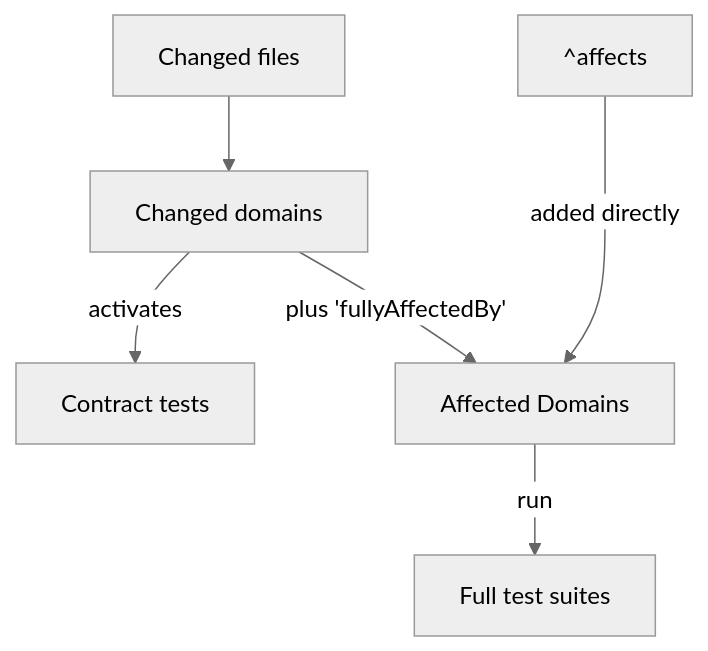
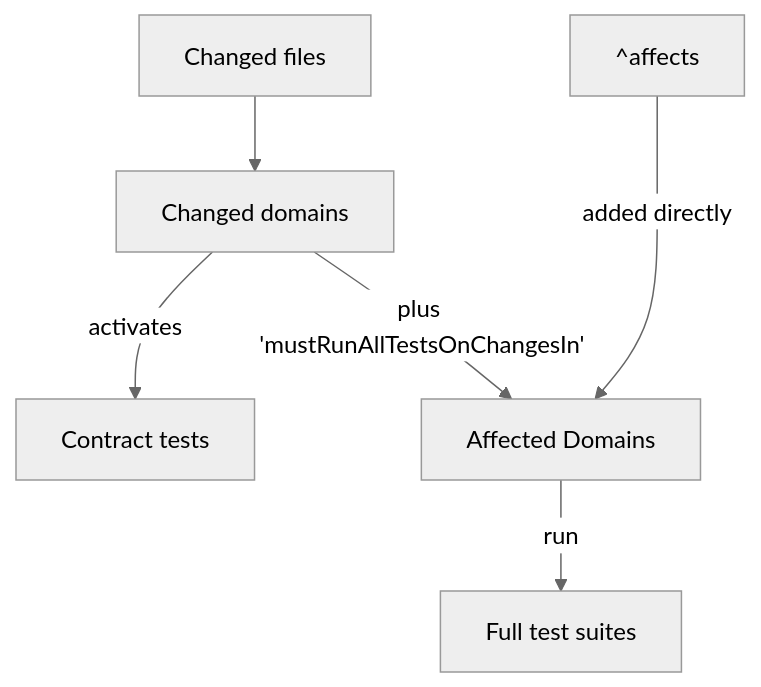
The diagram in repo/TEST-FEDERATION.md (JetBrains/kotlin), drawn with Mermaid (neutral theme) before and after one commit. The commit also changed other lines of this file and 8 other files, not shown here.

First line of the commit message:
[Build] Test Federation: Rename 'fullyAffectedBy' with 'mustRunAllTestsOnChangesIn'

````diff
--- a/repo/TEST-FEDERATION.md
+++ b/repo/TEST-FEDERATION.md
@@ -273,15 +273,15 @@
 ```mermaid
 flowchart TD
     ChangedFiles["Changed files"]
     ChangedDomains["Changed domains"]
     ContractTests["Contract tests"]
     AffectedDomains["Affected Domains"]
     AffectsCommand["^affects"]
     FullTestSuites["Full test suites"]
 
     ChangedFiles --> ChangedDomains
     ChangedDomains -->|activates| ContractTests
-    ChangedDomains -->|plus 'fullyAffectedBy' | AffectedDomains
+    ChangedDomains -->|plus 'mustRunAllTestsOnChangesIn' | AffectedDomains
     AffectsCommand --->|added directly| AffectedDomains
     AffectedDomains -->|run| FullTestSuites
 ```
````
